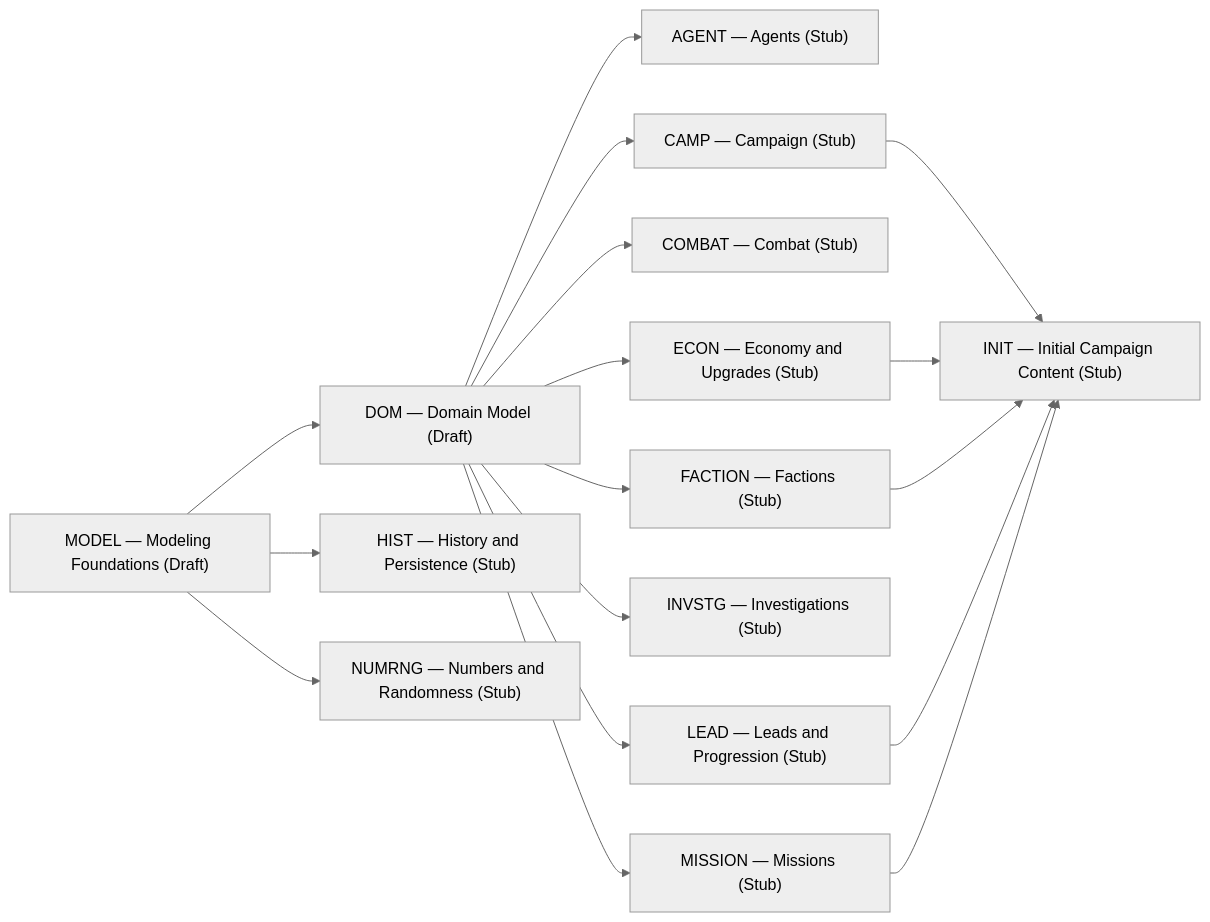
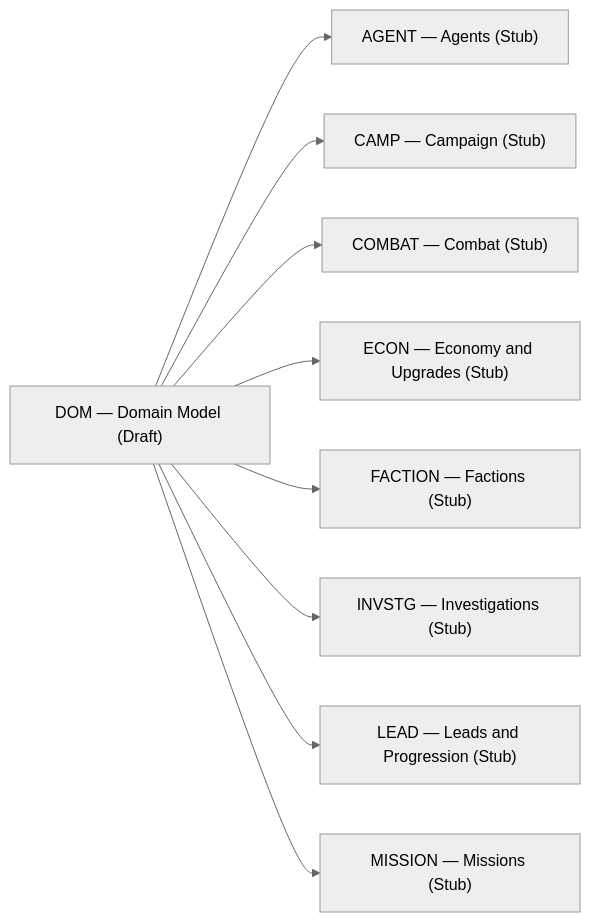
The first of 2 diagrams in docs/derived/relationships/refines.md (konrad-jamrozik/game-v5), drawn with Mermaid (neutral theme) before and after one commit. The commit also changed 28 other files, not shown here.

````diff
--- a/docs/derived/relationships/refines.md
+++ b/docs/derived/relationships/refines.md
@@ -13,32 +13,20 @@
 ```mermaid
 flowchart LR
   AGENT["AGENT — Agents (Stub)"]
   CAMP["CAMP — Campaign (Stub)"]
   COMBAT["COMBAT — Combat (Stub)"]
   DOM["DOM — Domain Model (Draft)"]
   ECON["ECON — Economy and Upgrades (Stub)"]
   FACTION["FACTION — Factions (Stub)"]
-  HIST["HIST — History and Persistence (Stub)"]
-  INIT["INIT — Initial Campaign Content (Stub)"]
   INVSTG["INVSTG — Investigations (Stub)"]
   LEAD["LEAD — Leads and Progression (Stub)"]
   MISSION["MISSION — Missions (Stub)"]
-  MODEL["MODEL — Modeling Foundations (Draft)"]
-  NUMRNG["NUMRNG — Numbers and Randomness (Stub)"]
-  CAMP --> INIT
   DOM --> AGENT
   DOM --> CAMP
   DOM --> COMBAT
   DOM --> ECON
   DOM --> FACTION
   DOM --> INVSTG
   DOM --> LEAD
   DOM --> MISSION
-  ECON --> INIT
-  FACTION --> INIT
-  LEAD --> INIT
-  MISSION --> INIT
-  MODEL --> DOM
-  MODEL --> HIST
-  MODEL --> NUMRNG
 ```
````
